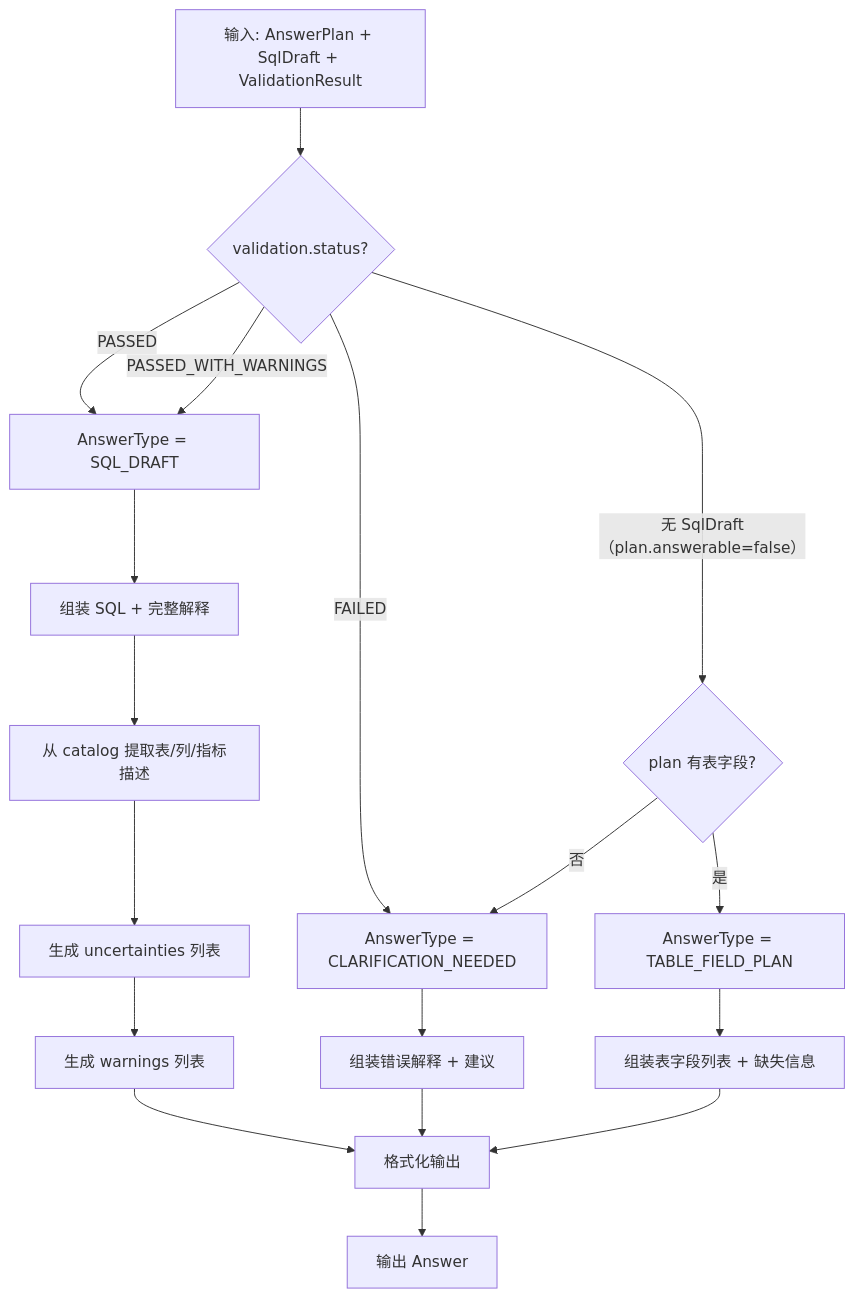
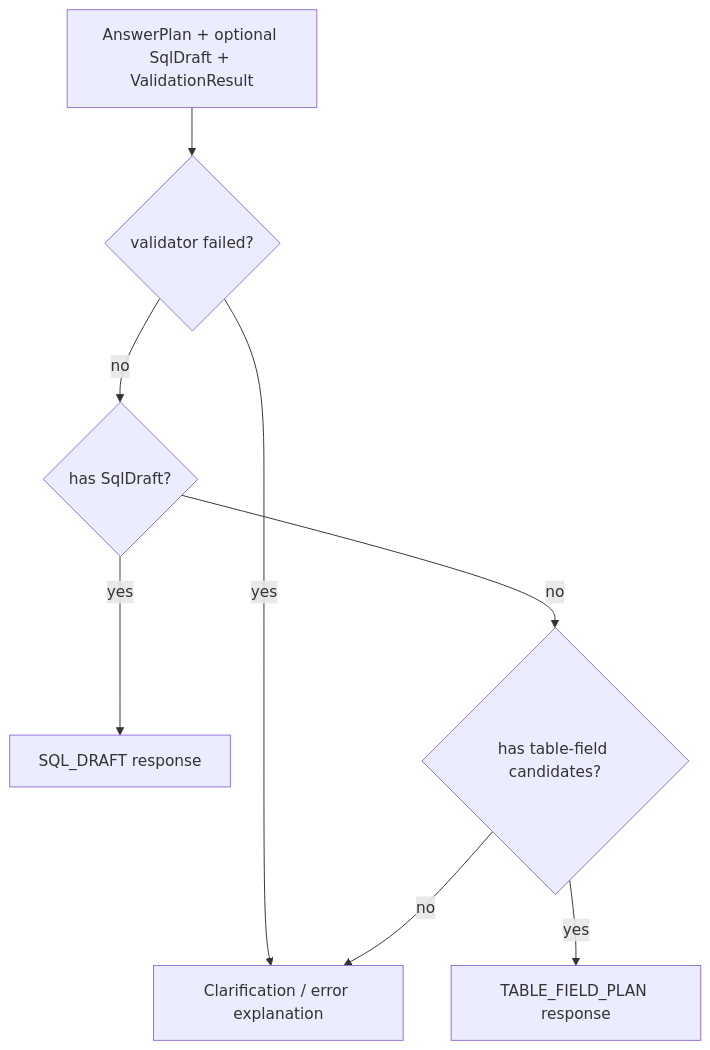
Before and after one commit to xiaoguang/relation-detector: the diagram in docs/design/semantic-layer/12-answer-composer.md, drawn with Mermaid. The commit also changed other lines of this file and 17 other files, not shown here.

````diff
--- a/docs/design/semantic-layer/12-answer-composer.md
+++ b/docs/design/semantic-layer/12-answer-composer.md
@@ -73,20 +39,10 @@
 ```mermaid
 flowchart TD
-    A[输入: AnswerPlan + SqlDraft + ValidationResult] --> B{validation.status?}
-    B -- PASSED --> C[AnswerType = SQL_DRAFT]
-    B -- PASSED_WITH_WARNINGS --> C
-    B -- FAILED --> D[AnswerType = CLARIFICATION_NEEDED]
-    B -- 无 SqlDraft（plan.answerable=false） --> E{plan 有表字段?}
-    E -- 是 --> F[AnswerType = TABLE_FIELD_PLAN]
-    E -- 否 --> D
-    C --> G[组装 SQL + 完整解释]
-    G --> H[从 catalog 提取表/列/指标描述]
-    H --> I[生成 uncertainties 列表]
-    I --> J[生成 warnings 列表]
-    J --> K[格式化输出]
-    D --> L[组装错误解释 + 建议]
-    L --> K
-    F --> M[组装表字段列表 + 缺失信息]
-    M --> K
-    K --> N[输出 Answer]
+  A["AnswerPlan + optional SqlDraft + ValidationResult"] --> B{"validator failed?"}
+  B -- "yes" --> C["Clarification / error explanation"]
+  B -- "no" --> D{"has SqlDraft?"}
+  D -- "yes" --> E["SQL_DRAFT response"]
+  D -- "no" --> F{"has table-field candidates?"}
+  F -- "yes" --> G["TABLE_FIELD_PLAN response"]
+  F -- "no" --> C
 ```
````
